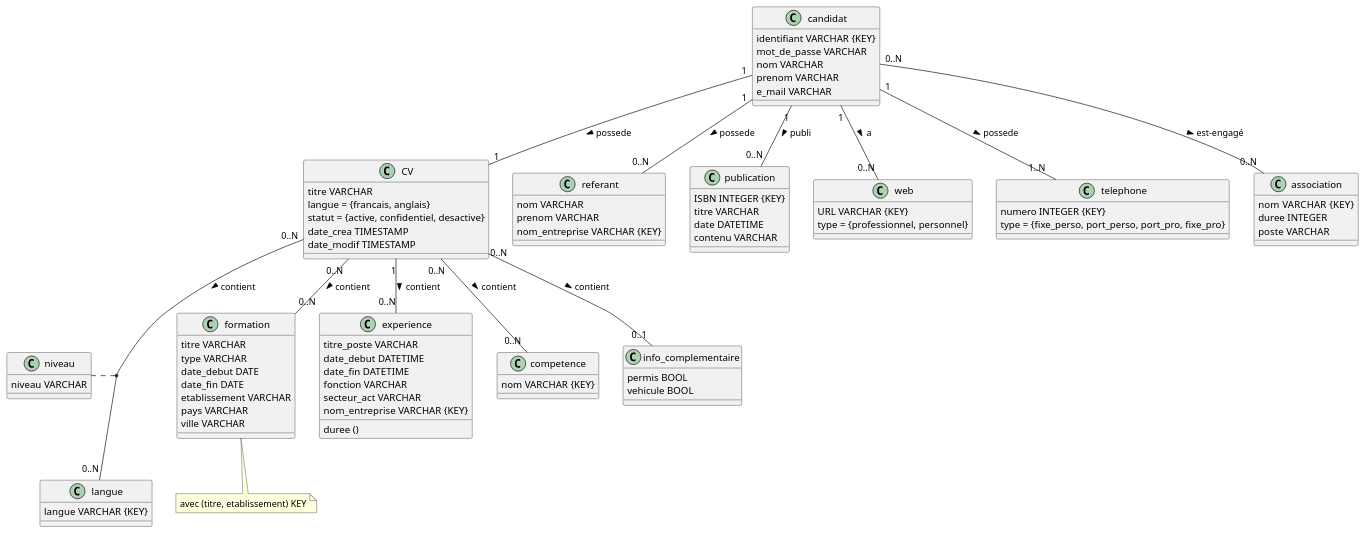
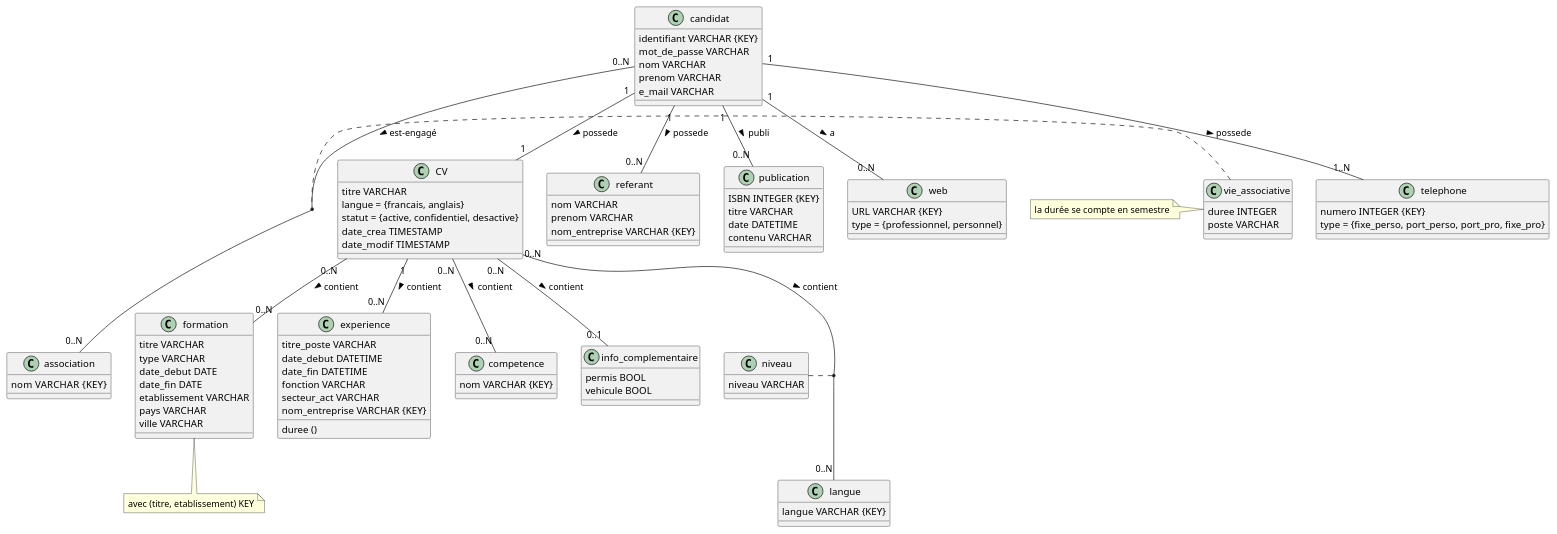
Before and after one commit to louisepght/database_CVtheque: the diagram in UML.plantUML, drawn with PlantUML.

```diff
--- a/UML.plantUML
+++ b/UML.plantUML
@@ -1,114 +1,121 @@
 @startuml
 
 CV "0..N" -- "0..N" formation : contient >
 
 CV "1" -- "0..N" experience : contient >
 
 CV "0..N" -- "0..N" competence : contient >
 
 CV "0..N" -- "0..N" langue : contient >
 
 CV "0..N" -- "0..1" info_complementaire : contient >
 
 candidat "1" -- "1" CV : possede >
 
 candidat "1"-- "0..N" referant : possede >
 
 candidat "1" -- "0..N" publication : publi >
 
 candidat "1" -- "0..N" web : a > 
 
 candidat "1" -- "1..N" telephone : possede >
 
 candidat "0..N" -- "0..N" association : est-engagé >
 
 niveau .. (CV, langue)
+
+vie_associative .. (association, candidat)
+
+note left of vie_associative : la durée se compte en semestre
+
+class vie_associative{
+    duree INTEGER 
+    poste VARCHAR
+}
 
 class niveau {
     niveau VARCHAR
 }
 
 class CV {
   titre VARCHAR 
   langue = {francais, anglais}
   statut = {active, confidentiel, desactive}
   date_crea TIMESTAMP
   date_modif TIMESTAMP
 }
 
 class formation { 
   titre VARCHAR 
   type VARCHAR 
   date_debut DATE
   date_fin DATE
   etablissement VARCHAR 
   pays VARCHAR
   ville VARCHAR
 }
 
 class formation
 note bottom: avec (titre, etablissement) KEY
 
 class experience{
     titre_poste VARCHAR 
     date_debut DATETIME 
     date_fin DATETIME 
     fonction VARCHAR 
     secteur_act VARCHAR 
     nom_entreprise VARCHAR {KEY} 
     duree ()
 }
 
 class competence{
     nom VARCHAR {KEY}
 }
 
 class langue{
     langue VARCHAR {KEY}
 }
 
 class info_complementaire{
     permis BOOL
     vehicule BOOL
 }
 
 class candidat{
     identifiant VARCHAR {KEY}
     mot_de_passe VARCHAR 
     nom VARCHAR
     prenom VARCHAR
     e_mail VARCHAR
 }
 
 class referant{
     nom VARCHAR
     prenom VARCHAR
     nom_entreprise VARCHAR {KEY}
 }
 
 class publication{
     ISBN INTEGER {KEY}
     titre VARCHAR 
     date DATETIME 
     contenu VARCHAR 
 }
 
 class web {
     URL VARCHAR {KEY}
     type = {professionnel, personnel}
 }
 
 class telephone {
     numero INTEGER {KEY}
     type = {fixe_perso, port_perso, port_pro, fixe_pro}
 }
 
 class association{
     nom VARCHAR  {KEY}
-    duree INTEGER 
-    poste VARCHAR
 }
 
 
 
 @enduml
```
